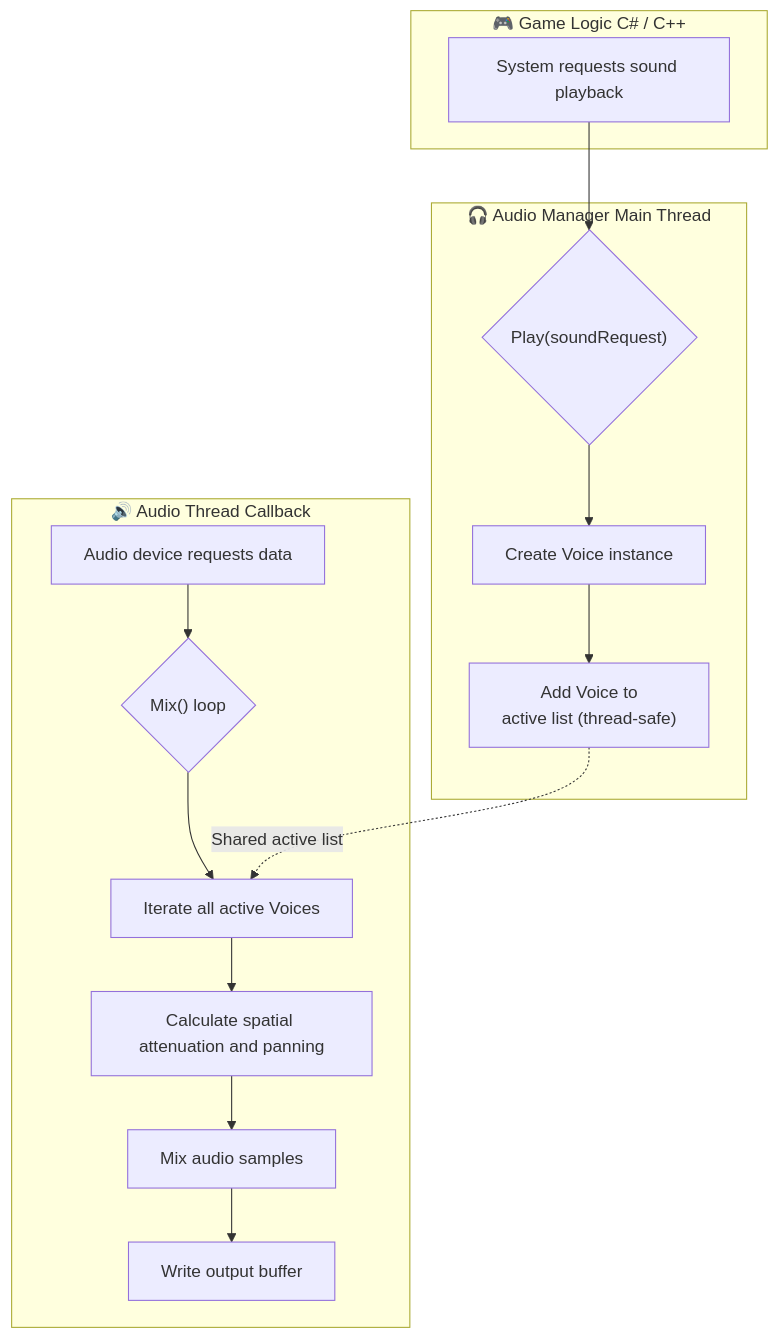
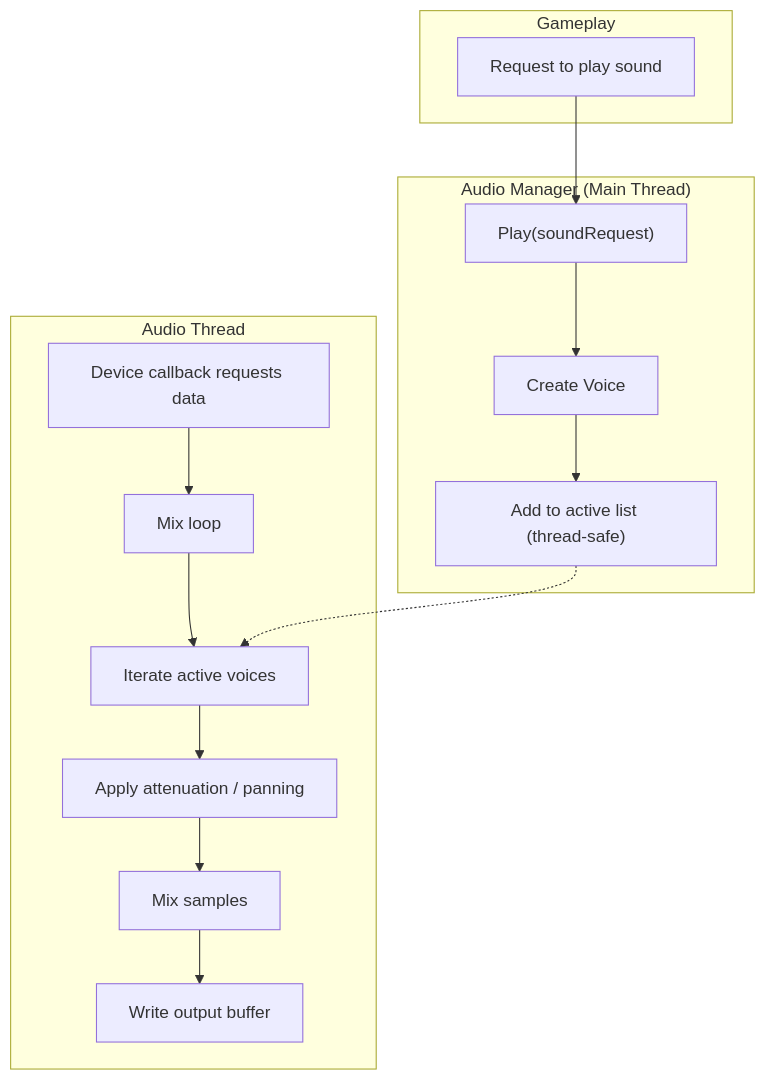
The ninth of 11 diagrams in ARCHITECTURE_EN.md (NGLSG/Luma), drawn with Mermaid before and after one commit. The commit also changed other lines of this file and 27 other files, not shown here.

````diff
--- a/ARCHITECTURE_EN.md
+++ b/ARCHITECTURE_EN.md
@@ -233,30 +214,25 @@
 ```mermaid
 graph TD
-    subgraph "🎮 Game Logic C# / C++"
-        A["System requests sound playback"]
+    subgraph "Gameplay"
+        A[Request to play sound]
     end
 
-    subgraph "🎧 Audio Manager Main Thread"
-        B{"Play(soundRequest)"}
-        C["Create Voice instance"]
-        D["Add Voice to<br/>active list (thread-safe)"]
+    subgraph "Audio Manager (Main Thread)"
+        B["Play(soundRequest)"]
+        C["Create Voice"]
+        D["Add to active list (thread‑safe)"]
     end
 
-    subgraph "🔊 Audio Thread Callback"
-        E["Audio device requests data"]
-        F{"Mix() loop"}
-        G["Iterate all active Voices"]
-        H["Calculate spatial attenuation and panning"]
-        I["Mix audio samples"]
+    subgraph "Audio Thread"
+        E["Device callback requests data"]
+        F["Mix loop"]
+        G["Iterate active voices"]
+        H["Apply attenuation / panning"]
+        I["Mix samples"]
         J["Write output buffer"]
     end
 
-%% Define main thread logic
     A --> B --> C --> D
-
-%% Define audio thread logic
     E --> F --> G --> H --> I --> J
-
-%% Define cross-thread interaction
-    D -.->|Shared active list| G
+    D -.-> G
 ```
````
